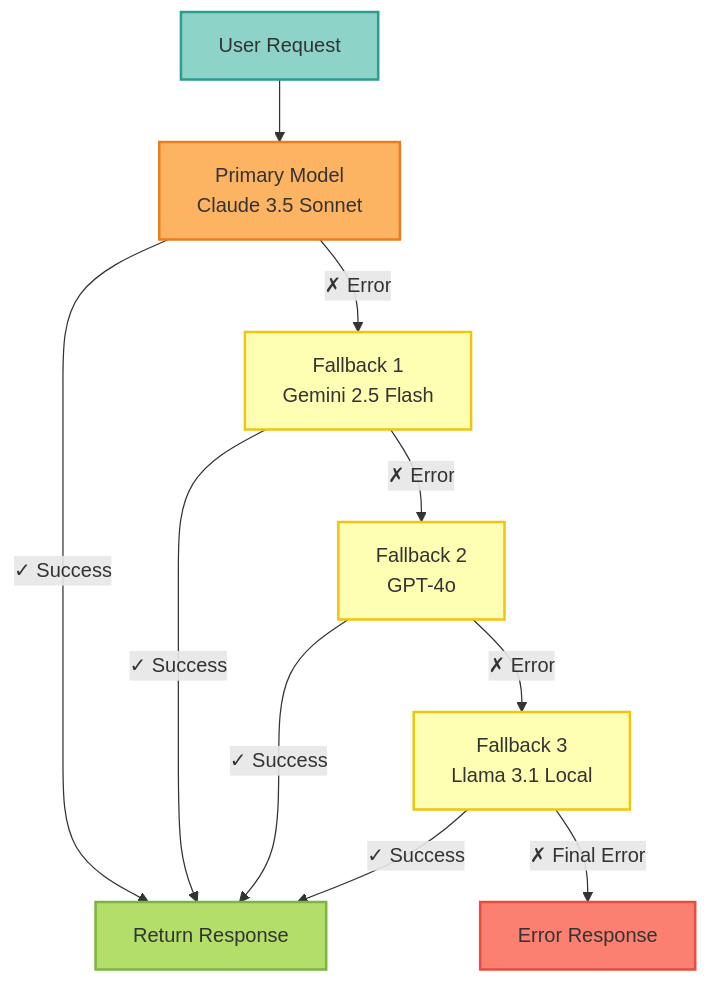
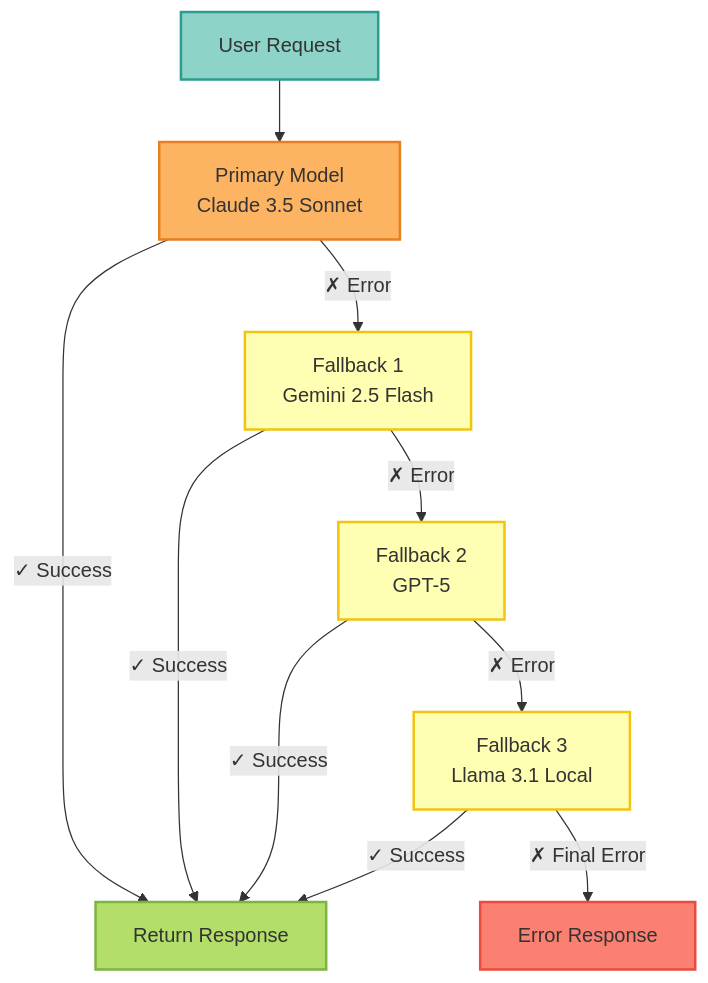
Before and after one commit to vishnu2kmohan/mcp-server-langgraph: the diagram in docs/guides/multi-llm-setup.mdx, drawn with Mermaid. The commit also changed other lines of this file and 34 other files, not shown here.

````diff
--- a/docs/guides/multi-llm-setup.mdx
+++ b/docs/guides/multi-llm-setup.mdx
@@ -305,29 +306,29 @@
 ```mermaid
 flowchart TD
     Request[User Request] --> Primary[Primary Model<br/>Claude 3.5 Sonnet]
 
     Primary -->|✓ Success| Response[Return Response]
     Primary -->|✗ Error| Fallback1[Fallback 1<br/>Gemini 2.5 Flash]
 
     Fallback1 -->|✓ Success| Response
-    Fallback1 -->|✗ Error| Fallback2[Fallback 2<br/>GPT-4o]
+    Fallback1 -->|✗ Error| Fallback2[Fallback 2<br/>GPT-5]
 
     Fallback2 -->|✓ Success| Response
     Fallback2 -->|✗ Error| Fallback3[Fallback 3<br/>Llama 3.1 Local]
 
     Fallback3 -->|✓ Success| Response
     Fallback3 -->|✗ Final Error| Error[Error Response]
 
     %% ColorBrewer2 Set3 palette - each component type uniquely colored
     classDef startStyle fill:#8dd3c7,stroke:#2a9d8f,stroke-width:2px,color:#333
     classDef primaryStyle fill:#fdb462,stroke:#e67e22,stroke-width:2px,color:#333
     classDef fallbackStyle fill:#ffffb3,stroke:#f1c40f,stroke-width:2px,color:#333
     classDef successStyle fill:#b3de69,stroke:#7cb342,stroke-width:2px,color:#333
     classDef errorStyle fill:#fb8072,stroke:#e74c3c,stroke-width:2px,color:#333
 
     class Request startStyle
     class Primary primaryStyle
     class Fallback1,Fallback2,Fallback3 fallbackStyle
     class Response successStyle
     class Error errorStyle
 ```
````
